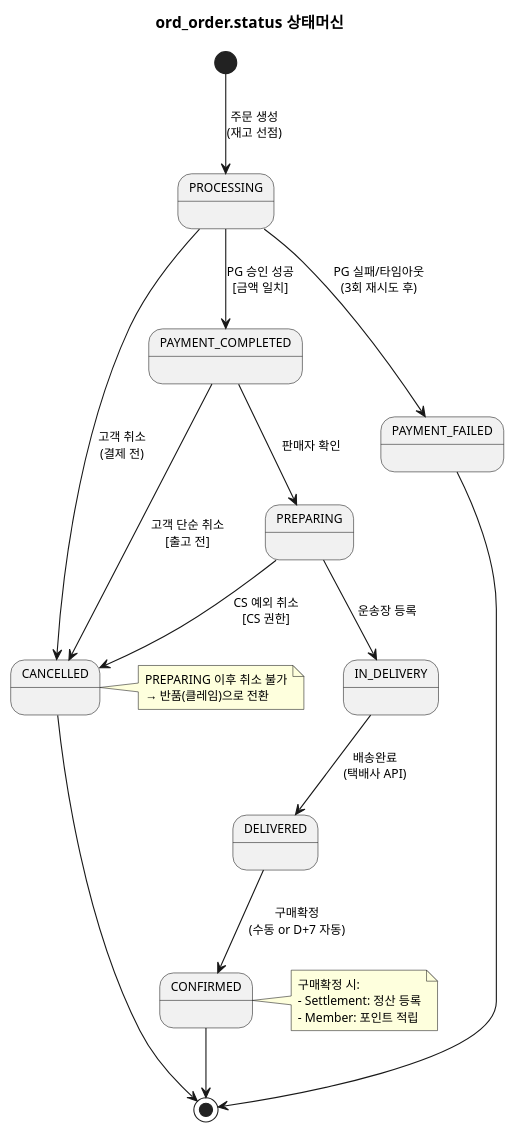
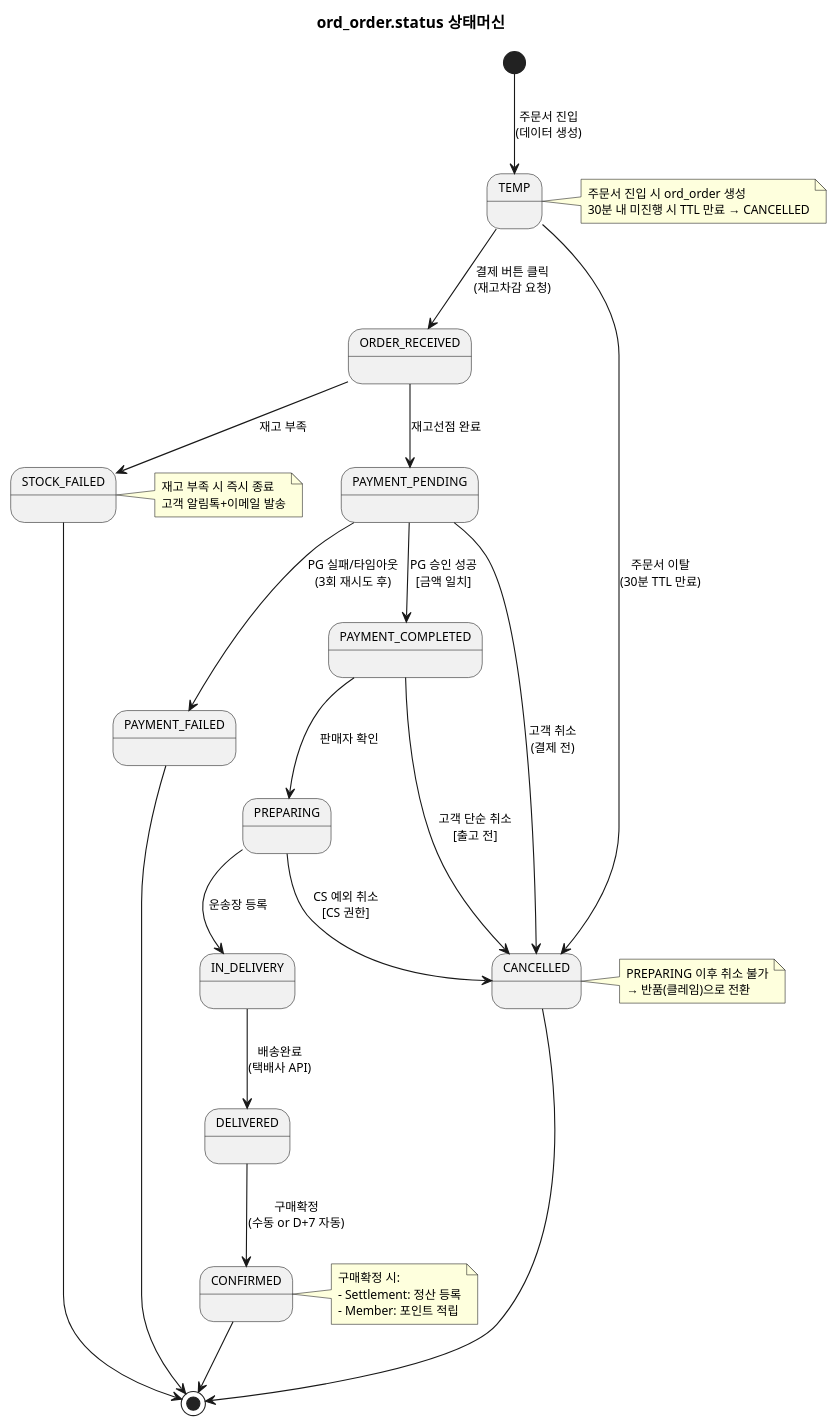
Before and after one commit to parknahyun/runNShop: the first of 2 diagrams in docs/자산화-단계별/S2-구조설계/10-상태머신(Order).md, drawn with PlantUML. The commit also changed other lines of this file and 18 other files, not shown here.

````diff
--- a/docs/자산화-단계별/S2-구조설계/10-상태머신(Order).md
+++ b/docs/자산화-단계별/S2-구조설계/10-상태머신(Order).md
@@ -37,39 +40,56 @@
 ```plantuml
 @startuml
 skinparam backgroundColor transparent
 skinparam defaultFontSize 11
 title ord_order.status 상태머신
 
-[*] --> PROCESSING : 주문 생성\n(재고 선점)
+[*] --> TEMP : 주문서 진입\n(데이터 생성)
 
-PROCESSING --> PAYMENT_COMPLETED : PG 승인 성공\n[금액 일치]
-PROCESSING --> PAYMENT_FAILED : PG 실패/타임아웃\n(3회 재시도 후)
-PROCESSING --> CANCELLED : 고객 취소\n(결제 전)
+TEMP --> ORDER_RECEIVED : 결제 버튼 클릭\n(재고차감 요청)
+TEMP --> CANCELLED : 주문서 이탈\n(30분 TTL 만료)
+
+ORDER_RECEIVED --> PAYMENT_PENDING : 재고선점 완료
+ORDER_RECEIVED --> STOCK_FAILED : 재고 부족
+
+PAYMENT_PENDING --> PAYMENT_COMPLETED : PG 승인 성공\n[금액 일치]
+PAYMENT_PENDING --> PAYMENT_FAILED : PG 실패/타임아웃\n(3회 재시도 후)
+PAYMENT_PENDING --> CANCELLED : 고객 취소\n(결제 전)
 
 PAYMENT_COMPLETED --> PREPARING : 판매자 확인
 PAYMENT_COMPLETED --> CANCELLED : 고객 단순 취소\n[출고 전]
 
 PREPARING --> IN_DELIVERY : 운송장 등록
 PREPARING --> CANCELLED : CS 예외 취소\n[CS 권한]
 
 IN_DELIVERY --> DELIVERED : 배송완료\n(택배사 API)
 
 DELIVERED --> CONFIRMED : 구매확정\n(수동 or D+7 자동)
 
 CONFIRMED --> [*]
 CANCELLED --> [*]
 PAYMENT_FAILED --> [*]
+STOCK_FAILED --> [*]
+
+note right of TEMP
+  주문서 진입 시 ord_order 생성
+  30분 내 미진행 시 TTL 만료 → CANCELLED
+end note
+
+note right of STOCK_FAILED
+  재고 부족 시 즉시 종료
+  고객 알림톡+이메일 발송
+end note
 
 note right of CANCELLED
   PREPARING 이후 취소 불가
   → 반품(클레임)으로 전환
 end note
 
 note right of CONFIRMED
   구매확정 시:
   - Settlement: 정산 등록
   - Member: 포인트 적립
 end note
 
 @enduml
 ```
````
